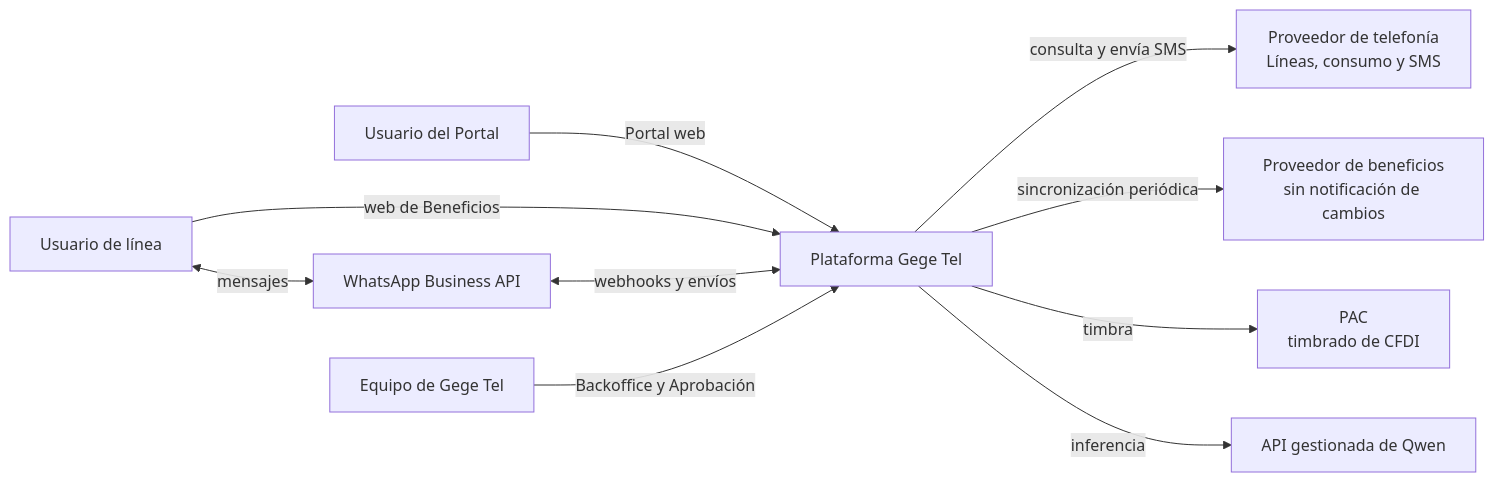
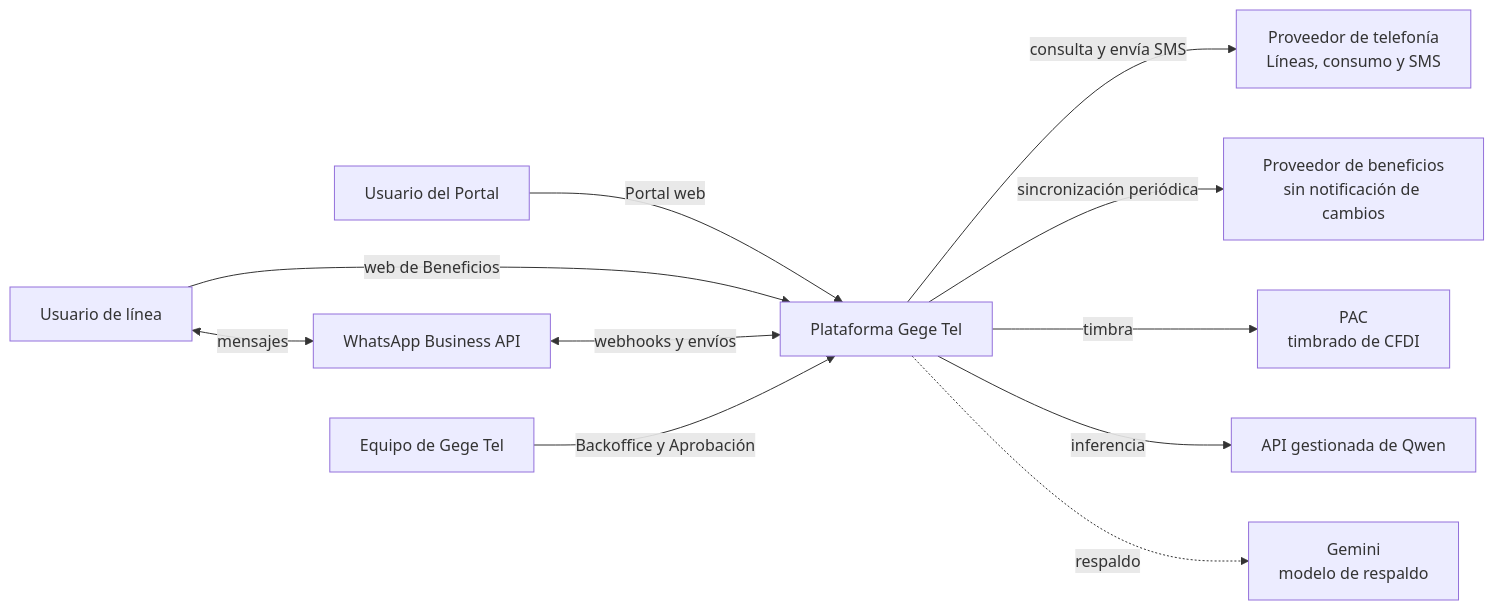
Before and after one commit to ImnotaChickenNuggie/gegetel: the first of 8 diagrams in docs/arquitectura.md, drawn with Mermaid. The commit also changed other lines of this file and 2 other files, not shown here.

````diff
--- a/docs/arquitectura.md
+++ b/docs/arquitectura.md
@@ -13,22 +13,24 @@
 ```mermaid
 flowchart LR
     UP["Usuario del Portal"]
     UL["Usuario de línea"]
     OP["Equipo de Gege Tel"]
     GT["Plataforma Gege Tel"]
     TEL["Proveedor de telefonía<br/>Líneas, consumo y SMS"]
     BEN["Proveedor de beneficios<br/>sin notificación de cambios"]
     PAC["PAC<br/>timbrado de CFDI"]
     WA["WhatsApp Business API"]
     QW["API gestionada de Qwen"]
+    GEM["Gemini<br/>modelo de respaldo"]
 
     UP -->|"Portal web"| GT
     UL -->|"web de Beneficios"| GT
     UL <-->|"mensajes"| WA
     WA <-->|"webhooks y envíos"| GT
     OP -->|"Backoffice y Aprobación"| GT
     GT -->|"consulta y envía SMS"| TEL
     GT -->|"sincronización periódica"| BEN
     GT -->|"timbra"| PAC
     GT -->|"inferencia"| QW
+    GT -.->|"respaldo"| GEM
 ```
````
